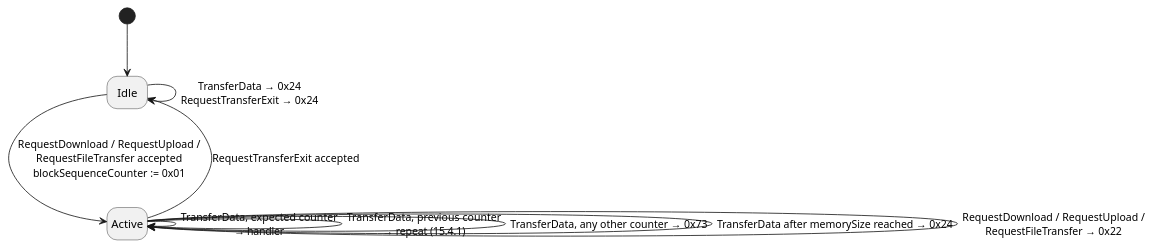
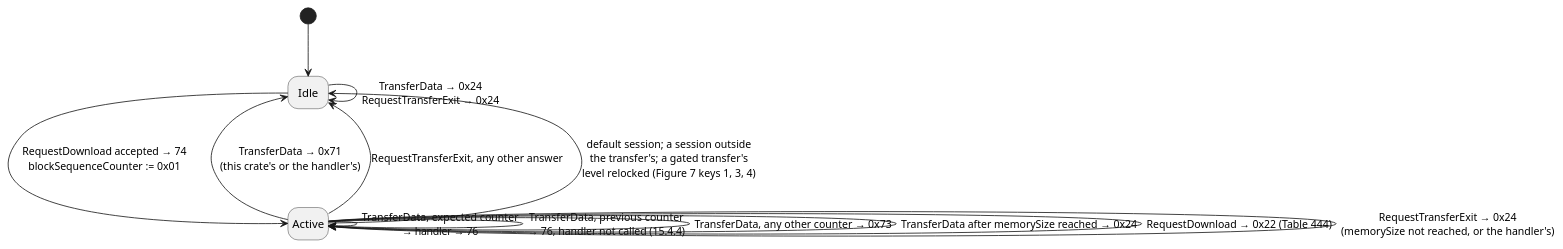
Before and after one commit to luminartech/uds_stack: the second of 4 diagrams in docs/architecture/service-traits.rst, drawn with PlantUML. The commit also changed other lines of this file and 38 other files, not shown here.

```diff
--- a/docs/architecture/service-traits.rst
+++ b/docs/architecture/service-traits.rst
@@ -369,17 +375,20 @@
    .. uml::
       :align: center
-      :caption: The transfer state machine. Every transition labelled with a code is
-                settled by this crate; the handler is not called.
+      :caption: The download's state machine. Every transition labelled with a code is
+                settled by this crate unless it names the handler.
 
       @startuml
       hide empty description
       [*] --> Idle
-      Idle --> Active : RequestDownload / RequestUpload /\nRequestFileTransfer accepted\nblockSequenceCounter := 0x01
       Idle --> Idle : TransferData → 0x24\nRequestTransferExit → 0x24
-      Active --> Active : TransferData, expected counter\n→ handler
-      Active --> Active : TransferData, previous counter\n→ repeat (15.4.1)
+      Idle --> Active : RequestDownload accepted → 74\nblockSequenceCounter := 0x01
+      Active --> Active : TransferData, expected counter\n→ handler → 76
+      Active --> Active : TransferData, previous counter\n→ 76, handler not called (15.4.4)
       Active --> Active : TransferData, any other counter → 0x73
       Active --> Active : TransferData after memorySize reached → 0x24
-      Active --> Active : RequestDownload / RequestUpload /\nRequestFileTransfer → 0x22
-      Active --> Idle : RequestTransferExit accepted
+      Active --> Active : RequestDownload → 0x22 (Table 444)
+      Active --> Active : RequestTransferExit → 0x24\n(memorySize not reached, or the handler's)
+      Active --> Idle : TransferData → 0x71\n(this crate's or the handler's)
+      Active --> Idle : RequestTransferExit, any other answer
+      Active --> Idle : default session; a session outside\nthe transfer's; a gated transfer's\nlevel relocked (Figure 7 keys 1, 3, 4)
       @enduml
```
